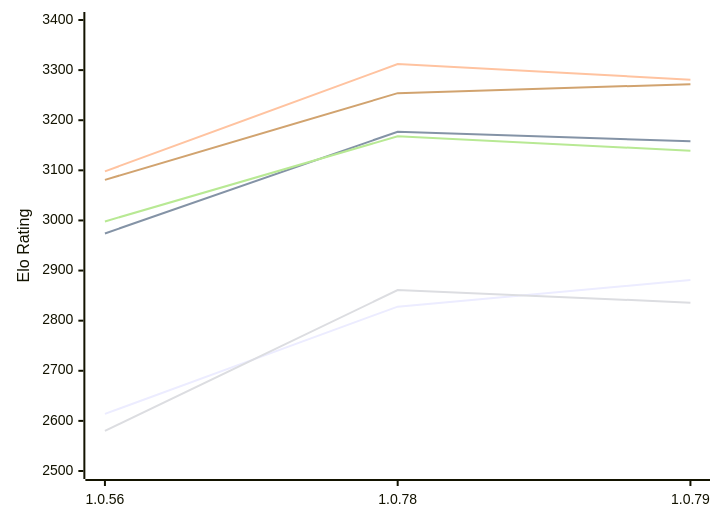
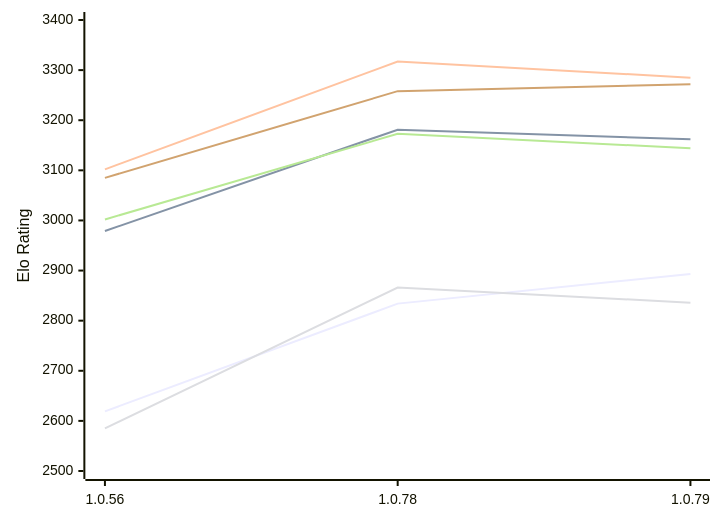
One commit to computer-chess-index/cci changed the first of 2 diagrams in engines/RustyRival.md. Above: the diagram before and after it, drawn with Mermaid. The commit also changed other lines of this file, not shown here.

Commit message:
Update CCI Ratings (ELO VLTC) - 2026-11-20

````diff
--- a/engines/RustyRival.md
+++ b/engines/RustyRival.md
@@ -65,12 +65,12 @@
 ```mermaid
 %%{init: {"theme":"base","themeVariables":{"seriesColors:['#a3a3a3','#222221','#faa371']}}}%%
 xychart-beta
   x-axis ["1.0.56", "1.0.78", "1.0.79"]
   y-axis "Elo Rating" 2500 --> 3400
-  line "E1: STC (8.0+0.08s)" [2614, 2828, 2881]
-  line "E1: LTC (60.0+0.60s)" [2974, 3177, 3158]
-  line "E1: VLTC (2m24s+1.12s)" [3098, 3312, 3281]
-  line "P1: STC (8.0+0.08s)" [2580, 2861, 2836]
-  line "P1: LTC (60.0+0.60s)" [2998, 3168, 3139]
-  line "P1: VLTC (2m24s+1.12s)" [3081, 3254, 3272]
+  line "E1: STC (8.0+0.08s)" [2619, 2834, 2893]
+  line "E1: LTC (60.0+0.60s)" [2979, 3181, 3162]
+  line "E1: VLTC (2m24s+1.12s)" [3102, 3317, 3285]
+  line "P1: STC (8.0+0.08s)" [2585, 2866, 2836]
+  line "P1: LTC (60.0+0.60s)" [3002, 3173, 3144]
+  line "P1: VLTC (2m24s+1.12s)" [3085, 3258, 3272]
 ```
````
